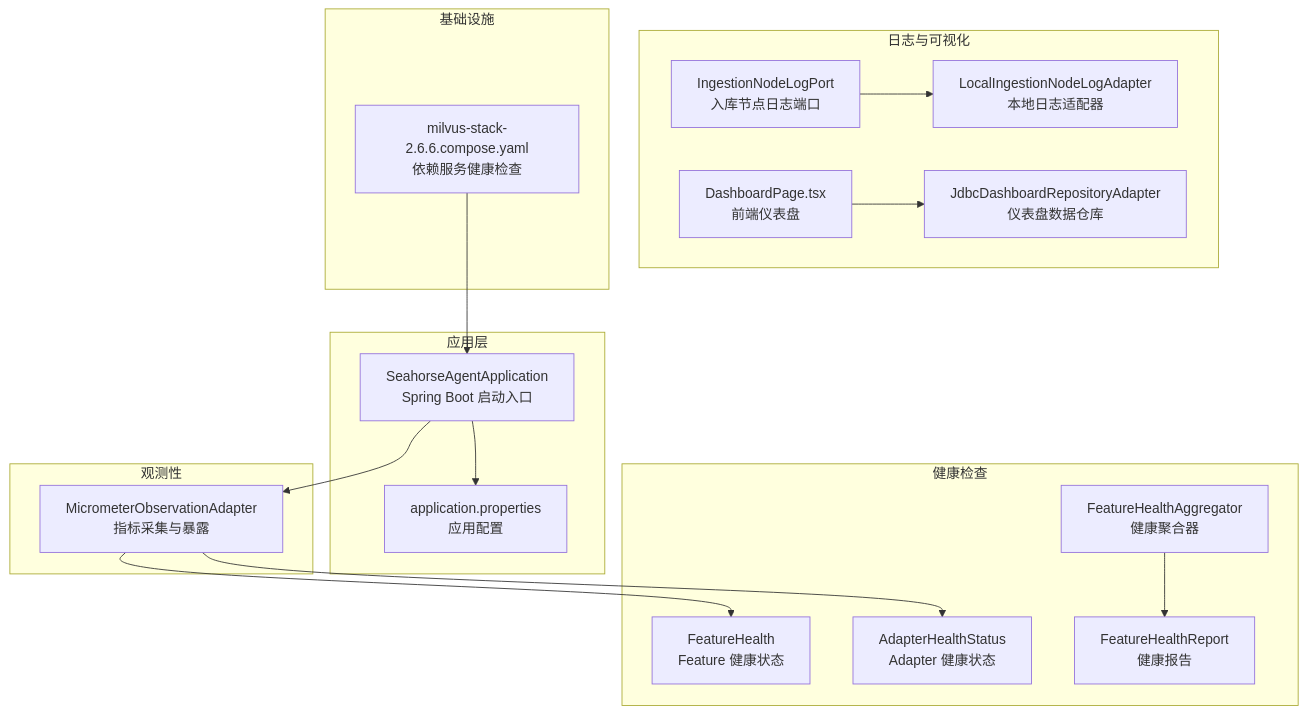
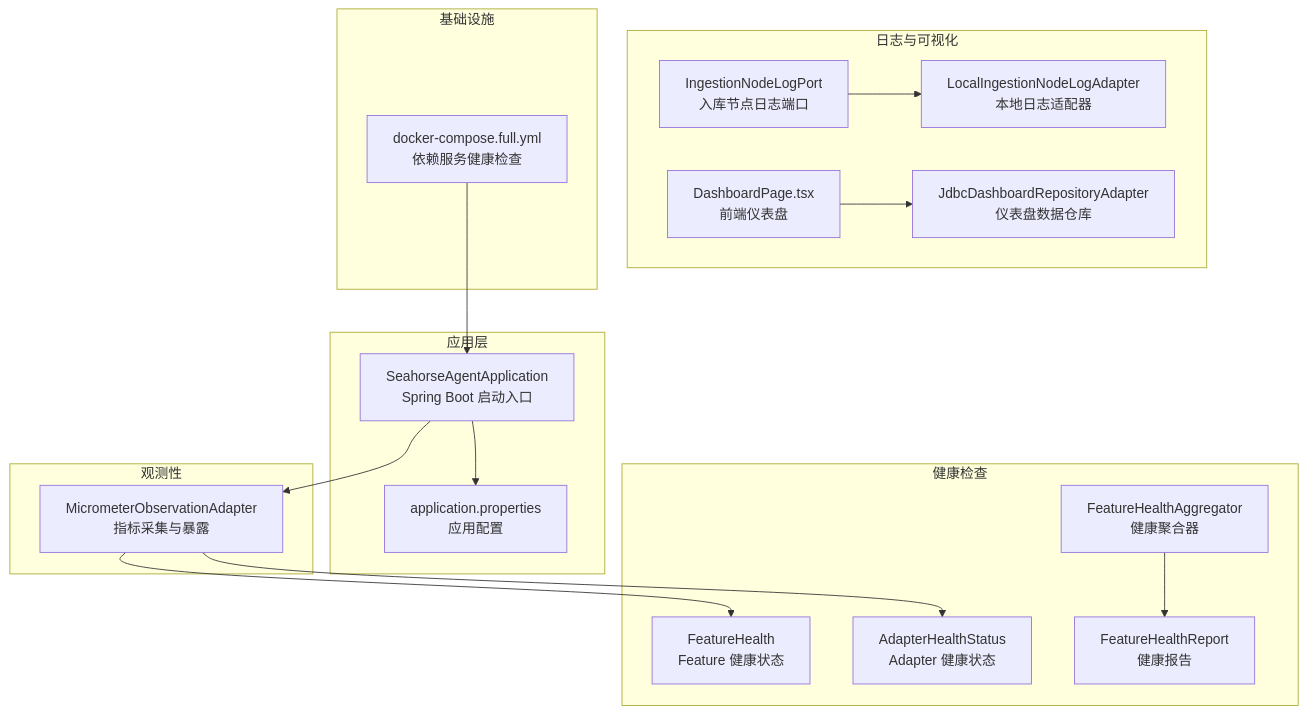
One commit to onceMisery/seahorse-agent changed the first of 7 diagrams in docs/zh/content/监控运维/监控运维.md. Above: the diagram before and after it, drawn with Mermaid. The commit also changed other lines of this file and 71 other files, not shown here.

Commit message:
docs: align docs with current architecture

````diff
--- a/docs/zh/content/监控运维/监控运维.md
+++ b/docs/zh/content/监控运维/监控运维.md
@@ -51,33 +51,33 @@
 ```mermaid
 graph TB
 subgraph "应用层"
 APP["SeahorseAgentApplication<br/>Spring Boot 启动入口"]
 CFG["application.properties<br/>应用配置"]
 end
 subgraph "观测性"
 MICRO["MicrometerObservationAdapter<br/>指标采集与暴露"]
 end
 subgraph "健康检查"
 FH["FeatureHealth<br/>Feature 健康状态"]
 AH["AdapterHealthStatus<br/>Adapter 健康状态"]
 FAGG["FeatureHealthAggregator<br/>健康聚合器"]
 FHR["FeatureHealthReport<br/>健康报告"]
 end
 subgraph "日志与可视化"
 INLP["IngestionNodeLogPort<br/>入库节点日志端口"]
 LINLA["LocalIngestionNodeLogAdapter<br/>本地日志适配器"]
 DASH["DashboardPage.tsx<br/>前端仪表盘"]
 JDBCREPO["JdbcDashboardRepositoryAdapter<br/>仪表盘数据仓库"]
 end
 subgraph "基础设施"
-DOCKER["milvus-stack-2.6.6.compose.yaml<br/>依赖服务健康检查"]
+DOCKER["docker-compose.full.yml<br/>依赖服务健康检查"]
 end
 APP --> CFG
 APP --> MICRO
 MICRO --> FH
 MICRO --> AH
 FAGG --> FHR
 INLP --> LINLA
 DASH --> JDBCREPO
 DOCKER --> APP
 ```
````
